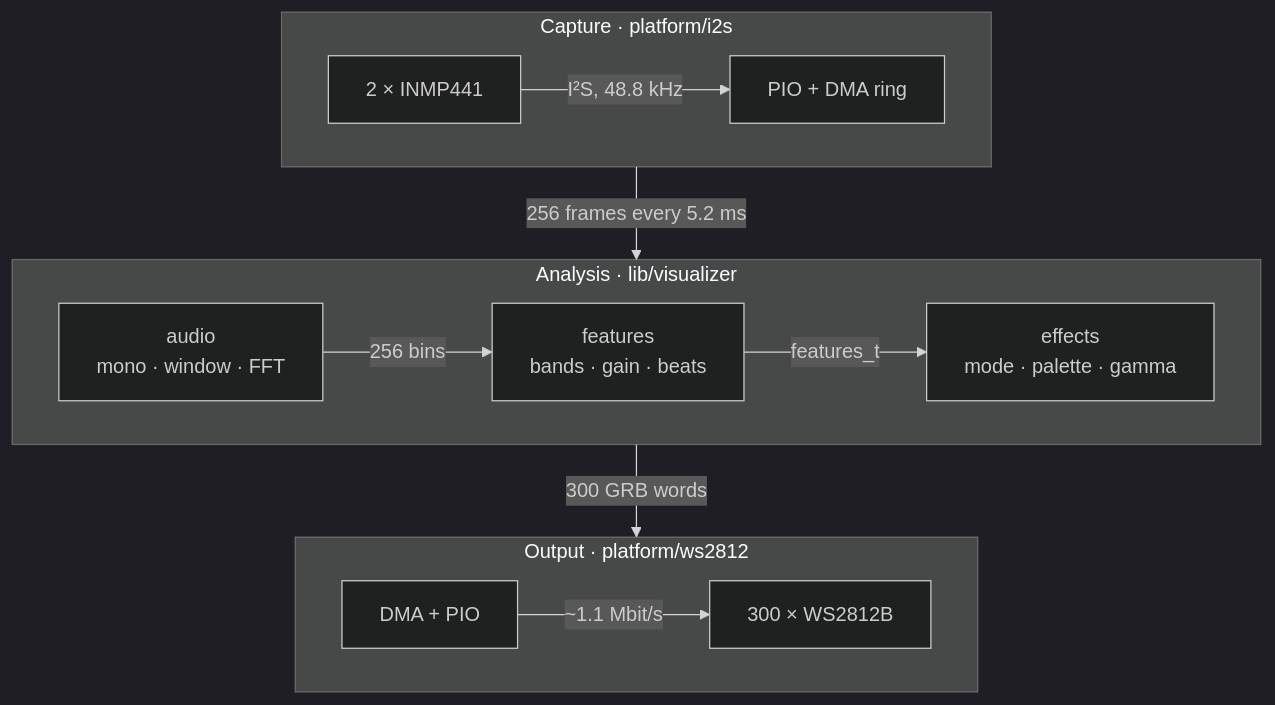
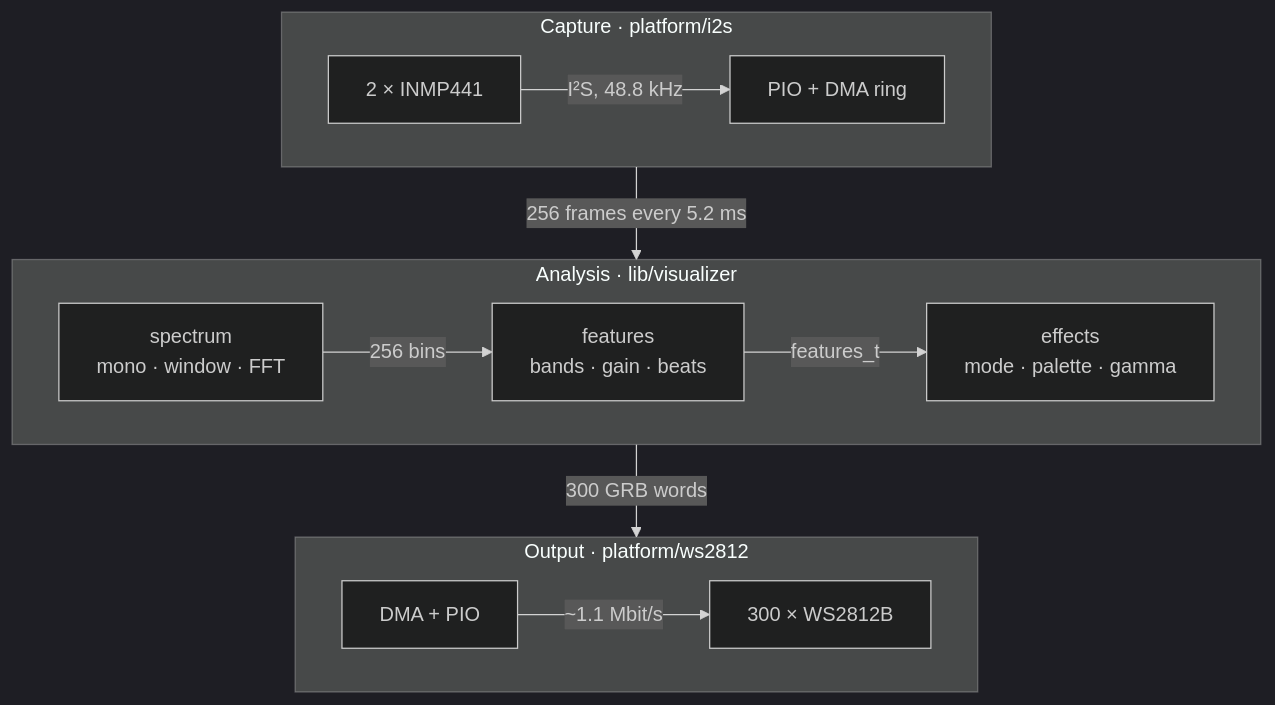
Before and after one commit to whyisitworking/light-painting: the first of 2 diagrams in README.md, drawn with Mermaid (dark theme). The commit also changed other lines of this file and 16 other files, not shown here.

````diff
--- a/README.md
+++ b/README.md
@@ -176,17 +176,17 @@
 ```mermaid
 flowchart TB
     subgraph capture ["Capture · platform/i2s"]
         direction LR
         MIC["2 × INMP441"] -- "I²S, 48.8 kHz" --> PIOI["PIO + DMA ring"]
     end
     subgraph analysis ["Analysis · lib/visualizer"]
         direction LR
-        AUDIO["audio<br/>mono · window · FFT"] -- "256 bins" --> FEAT["features<br/>bands · gain · beats"] -- "features_t" --> FX["effects<br/>mode · palette · gamma"]
+        SPECTRUM["spectrum<br/>mono · window · FFT"] -- "256 bins" --> FEAT["features<br/>bands · gain · beats"] -- "features_t" --> FX["effects<br/>mode · palette · gamma"]
     end
     subgraph output ["Output · platform/ws2812"]
         direction LR
         PION["DMA + PIO"] -- "~1.1 Mbit/s" --> STRIP["300 × WS2812B"]
     end
     capture -- "256 frames every 5.2 ms" --> analysis
     analysis -- "300 GRB words" --> output
 ```
````
